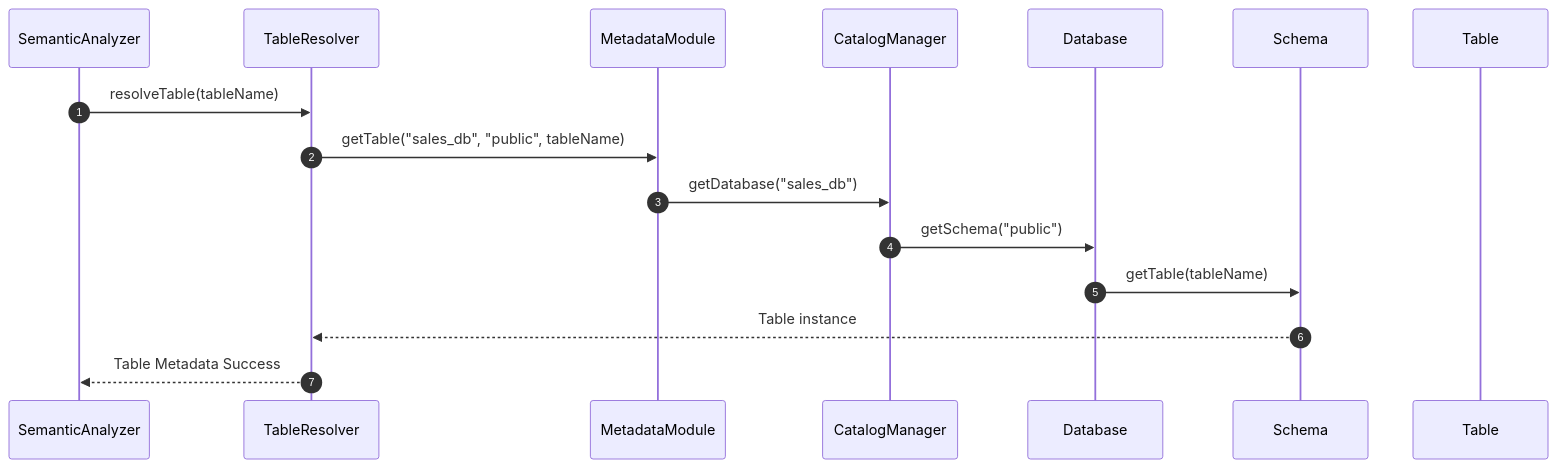
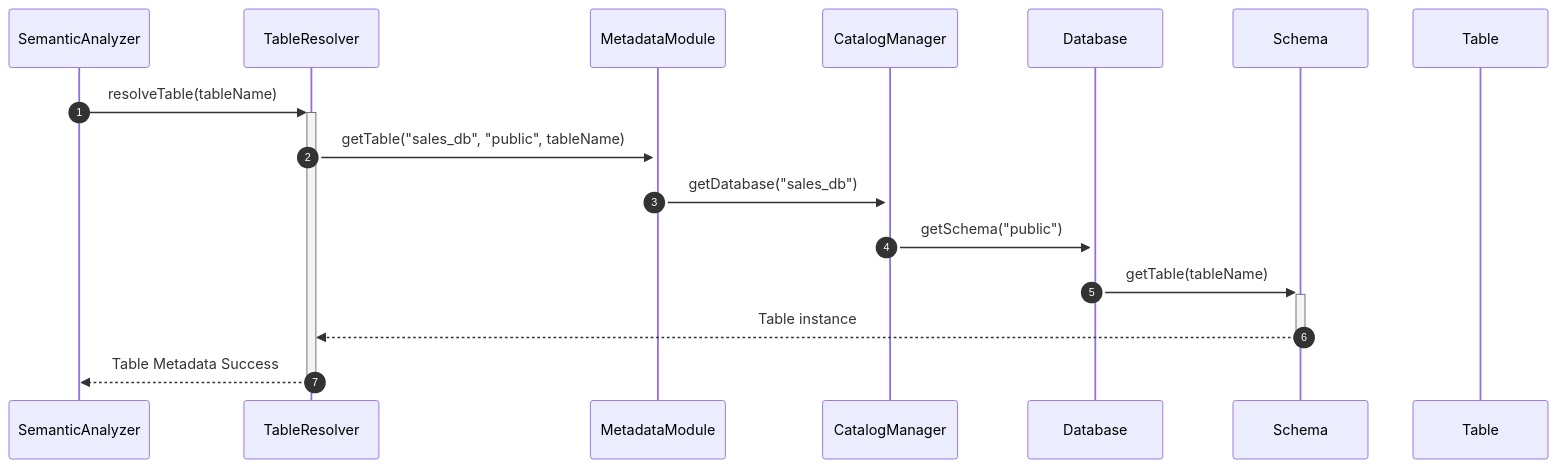
The ninth of 13 diagrams in docs/design_patterns/query_processor/Sequece.md (Dikhang1112/Database_Management_BBV), drawn with Mermaid before and after one commit. The commit also changed other lines of this file and 12 other files, not shown here.

Commit message:
Refactor sequece diagram

````diff
--- a/docs/design_patterns/query_processor/Sequece.md
+++ b/docs/design_patterns/query_processor/Sequece.md
@@ -274,19 +274,19 @@
 ```mermaid
 sequenceDiagram
     autonumber
     participant SA as SemanticAnalyzer
     participant Resolver as TableResolver
     participant Meta as MetadataModule
     participant Catalog as CatalogManager
     participant DB as Database
     participant Schema as Schema
     participant Table as Table
 
-    SA->>Resolver: resolveTable(tableName)
-    Resolver->>Meta: getTable("sales_db", "public", tableName)
-    Meta->>Catalog: getDatabase("sales_db")
-    Catalog->>DB: getSchema("public")
-    DB->>Schema: getTable(tableName)
-    Schema-->>Resolver: Table instance
-    Resolver-->>SA: Table Metadata Success
+    SA->>+Resolver: resolveTable(tableName)
+    Resolver->>+Meta: getTable("sales_db", "public", tableName)
+    Meta->>+Catalog: getDatabase("sales_db")
+    Catalog->>+DB: getSchema("public")
+    DB->>+Schema: getTable(tableName)
+    Schema-->>-Resolver: Table instance
+    Resolver-->>-SA: Table Metadata Success
 ```
````
